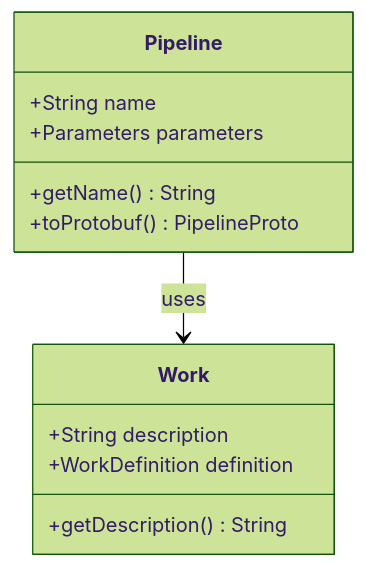
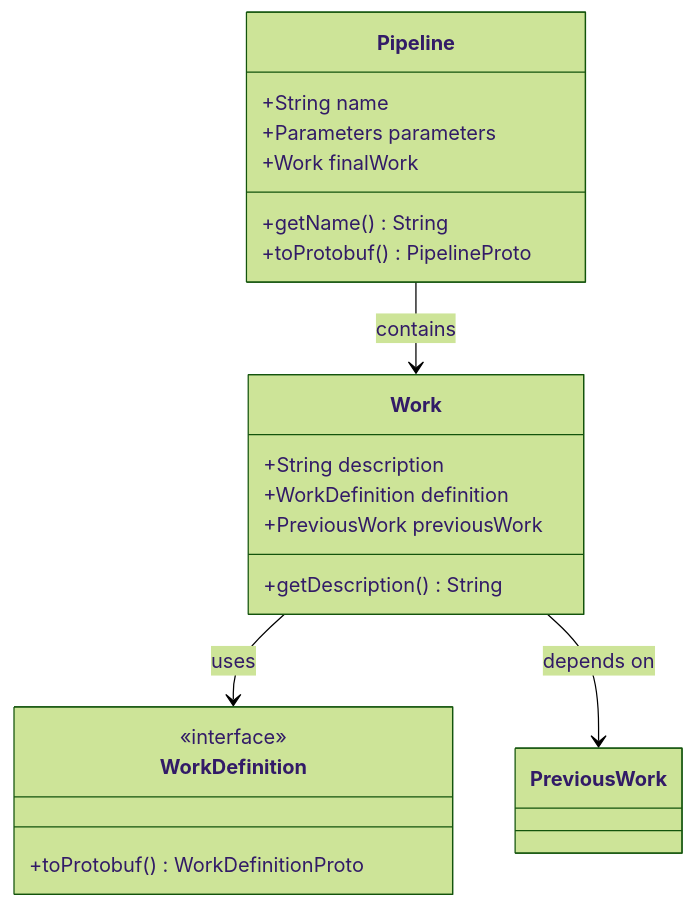
The second of 2 diagrams in .opencode/prompts/human-doc-writer.md (w-betts/yeetcd), drawn with Mermaid (forest theme) before and after one commit. The commit also changed other lines of this file and 4 other files, not shown here.

````diff
--- a/.opencode/prompts/human-doc-writer.md
+++ b/.opencode/prompts/human-doc-writer.md
@@ -118,15 +162,24 @@
 ```mermaid
 classDiagram
     class Pipeline {
         +String name
         +Parameters parameters
+        +Work finalWork
         +getName() String
         +toProtobuf() PipelineProto
     }
     class Work {
         +String description
         +WorkDefinition definition
+        +PreviousWork previousWork
         +getDescription() String
     }
-    Pipeline --> Work : uses
+    class WorkDefinition {
+        <<interface>>
+        +toProtobuf() WorkDefinitionProto
+    }
+    
+    Pipeline --> Work : contains
+    Work --> WorkDefinition : uses
+    Work --> PreviousWork : depends on
 ```
````
